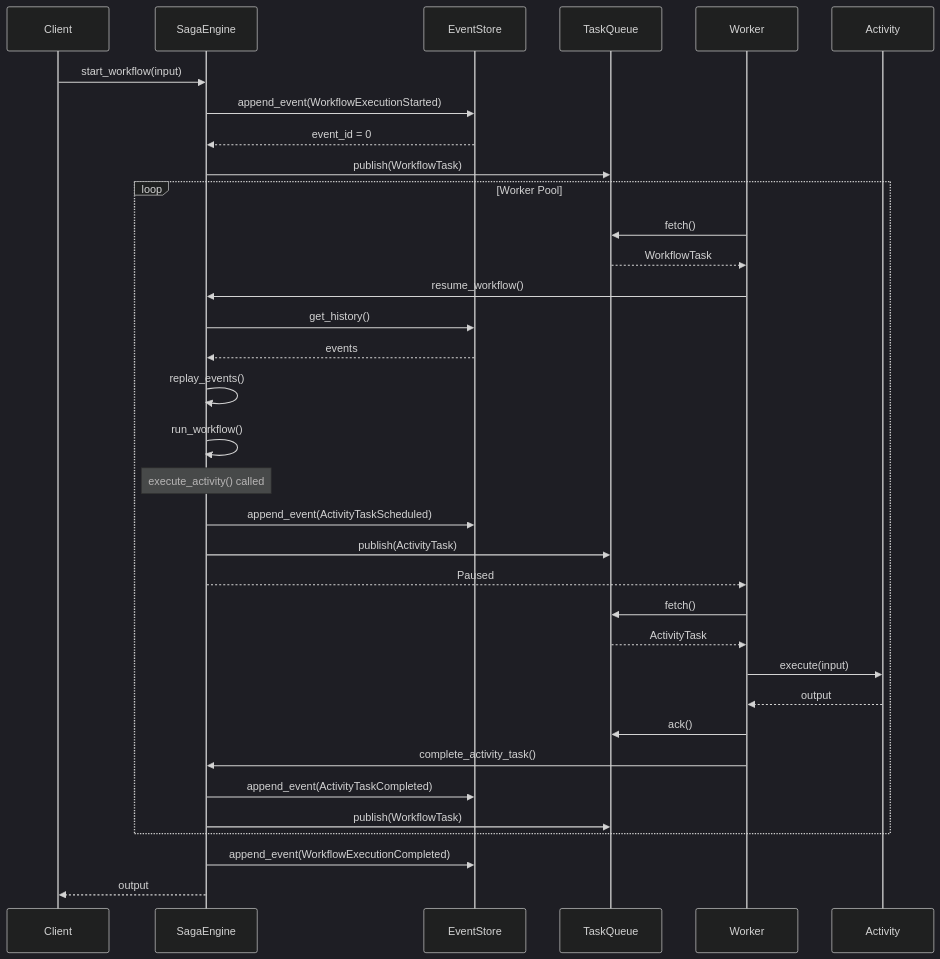
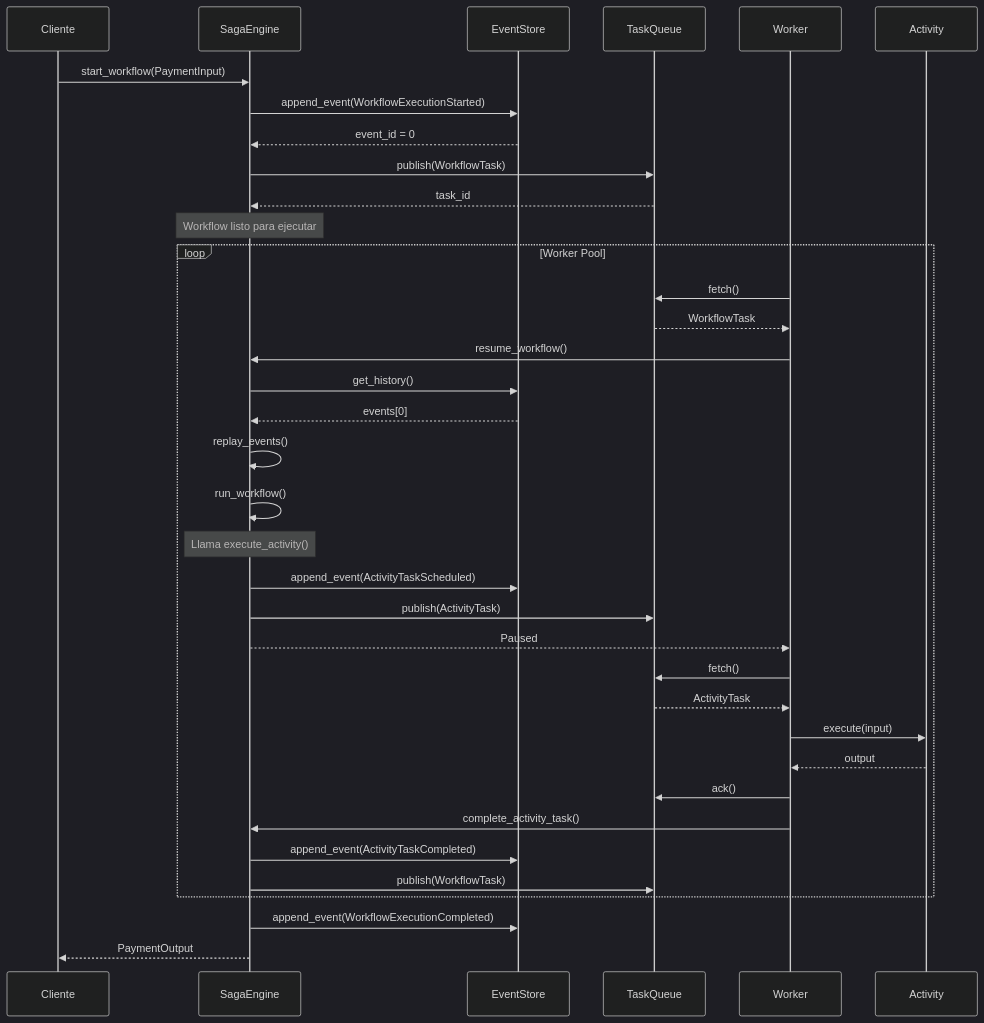
Before and after one commit to Rubentxu/hodei-jobs: diagram 13 of 20 in docs/manuales/MANUAL_SAGA_ENGINE_DESARROLLADOR.md, drawn with Mermaid (dark theme). The commit also changed other lines of this file and 7 other files, not shown here.

First line of the commit message:
docs(saga-engine): enhance manuals with beginner-friendly tutorials

````diff
--- a/docs/manuales/MANUAL_SAGA_ENGINE_DESARROLLADOR.md
+++ b/docs/manuales/MANUAL_SAGA_ENGINE_DESARROLLADOR.md
@@ -340,44 +1009,49 @@
 ```mermaid
 sequenceDiagram
-    participant Client
-    participant SagaEngine
-    participant EventStore
-    participant TaskQueue
-    participant Worker
-    participant Activity
+    participant C as Cliente
+    participant E as SagaEngine
+    participant ES as EventStore
+    participant TQ as TaskQueue
+    participant W as Worker
+    participant A as Activity
     
-    Client->>SagaEngine: start_workflow(input)
-    SagaEngine->>EventStore: append_event(WorkflowExecutionStarted)
-    EventStore-->>SagaEngine: event_id = 0
-    SagaEngine->>TaskQueue: publish(WorkflowTask)
+    C->>E: start_workflow(PaymentInput)
+    E->>ES: append_event(WorkflowExecutionStarted)
+    ES-->>E: event_id = 0
+    
+    E->>TQ: publish(WorkflowTask)
+    TQ-->>E: task_id
+    
+    Note over E: Workflow listo para ejecutar
     
     loop Worker Pool
-        Worker->>TaskQueue: fetch()
-        TaskQueue-->>Worker: WorkflowTask
-        Worker->>SagaEngine: resume_workflow()
+        W->>TQ: fetch()
+        TQ-->>W: WorkflowTask
+        W->>E: resume_workflow()
         
-        SagaEngine->>EventStore: get_history()
-        EventStore-->>SagaEngine: events
+        E->>ES: get_history()
+        ES-->>E: events[0]
         
-        SagaEngine->>SagaEngine: replay_events()
-        SagaEngine->>SagaEngine: run_workflow()
+        E->>E: replay_events()
+        E->>E: run_workflow()
         
-        Note over SagaEngine: execute_activity() called
-        SagaEngine->>EventStore: append_event(ActivityTaskScheduled)
-        SagaEngine->>TaskQueue: publish(ActivityTask)
-        SagaEngine-->>Worker: Paused
+        Note over E: Llama execute_activity()
         
-        Worker->>TaskQueue: fetch()
-        TaskQueue-->>Worker: ActivityTask
-        Worker->>Activity: execute(input)
-        Activity-->>Worker: output
-        Worker->>TaskQueue: ack()
+        E->>ES: append_event(ActivityTaskScheduled)
+        E->>TQ: publish(ActivityTask)
+        E-->>W: Paused
         
-        Worker->>SagaEngine: complete_activity_task()
-        SagaEngine->>EventStore: append_event(ActivityTaskCompleted)
-        SagaEngine->>TaskQueue: publish(WorkflowTask)
+        W->>TQ: fetch()
+        TQ-->>W: ActivityTask
+        W->>A: execute(input)
+        A-->>W: output
+        W->>TQ: ack()
+        
+        W->>E: complete_activity_task()
+        E->>ES: append_event(ActivityTaskCompleted)
+        E->>TQ: publish(WorkflowTask)
     end
     
-    SagaEngine->>EventStore: append_event(WorkflowExecutionCompleted)
-    SagaEngine-->>Client: output
+    E->>ES: append_event(WorkflowExecutionCompleted)
+    E-->>C: PaymentOutput
 ```
````
